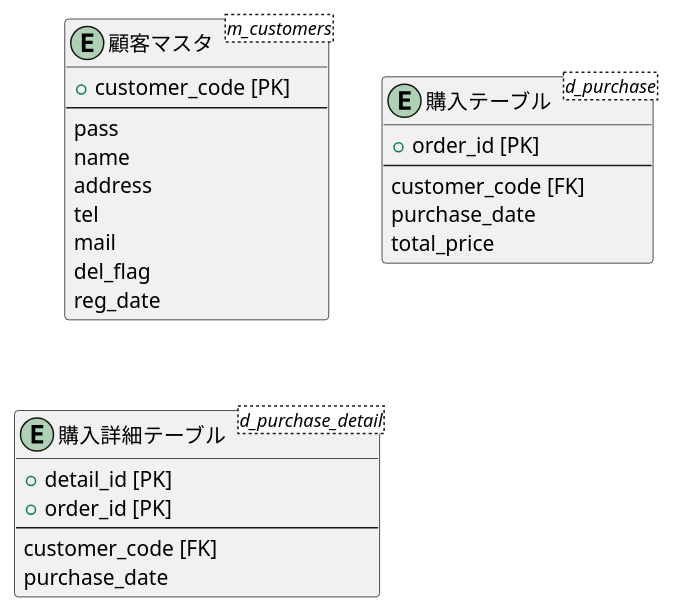
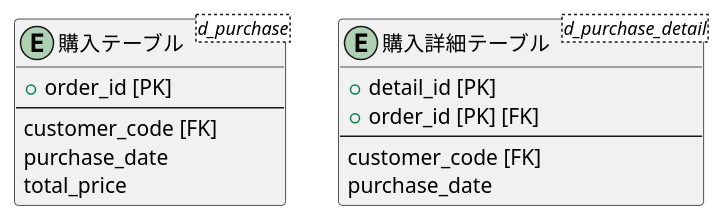
One commit to aso2001036/2021sys-design changed the diagram in db/original/ER.md. Above: the diagram before and after it, drawn with PlantUML.

````diff
--- a/db/original/ER.md
+++ b/db/original/ER.md
@@ -1,31 +1,19 @@
 ```puml
 @startuml
-entity "顧客マスタ" as customer <m_customers> {
-+ customer_code [PK]
---
-pass
-name
-address
-tel
-mail
-del_flag
-reg_date
-}
-
 entity "購入テーブル" as purchase <d_purchase> {
 + order_id [PK]
 --
 customer_code [FK]
 purchase_date
 total_price
 }
 
 entity "購入詳細テーブル" as purcher_detail <d_purchase_detail> {
 + detail_id [PK]
-+ order_id [PK]
++ order_id [PK] [FK]
 --
 customer_code [FK]
 purchase_date
 }
 @enduml
 ```
````
